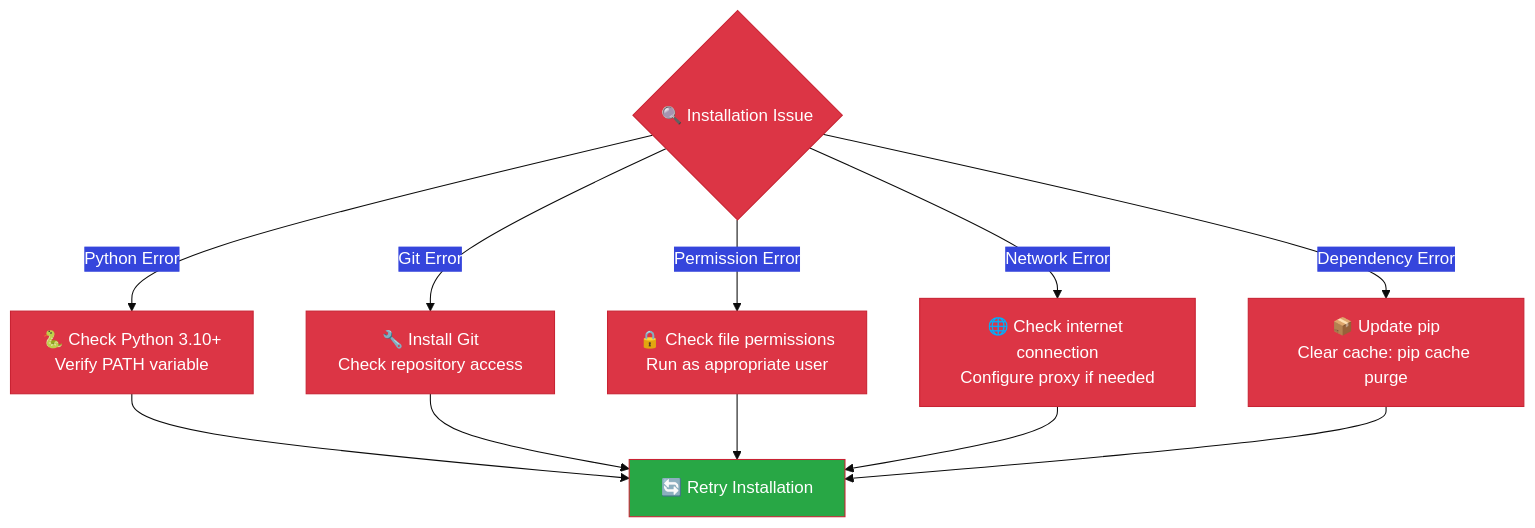
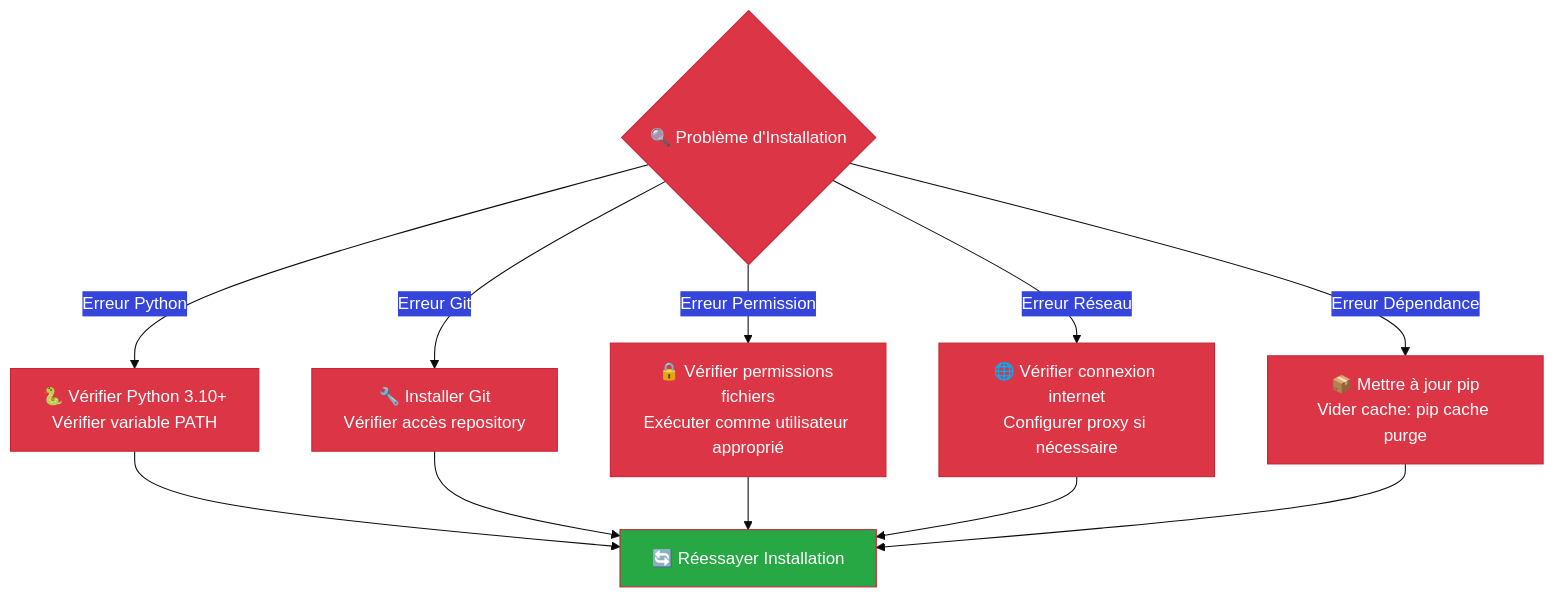
The ninth of 9 diagrams in docs/USER_GUIDES/INSTALLATION.md (arkalia-luna-system/ia-pipeline), drawn with Mermaid before and after one commit. The commit also changed other lines of this file and 8 other files, not shown here.

````diff
--- a/docs/USER_GUIDES/INSTALLATION.md
+++ b/docs/USER_GUIDES/INSTALLATION.md
@@ -509,20 +534,20 @@
 ```mermaid
 %%{init: {'theme':'base', 'themeVariables': { 'primaryColor': '#dc3545', 'primaryTextColor': '#fff', 'primaryBorderColor': '#c82333'}}}%%
 graph TD
-    ISSUE{🔍 Installation Issue}
+    ISSUE{🔍 Problème d'Installation}
     
-    ISSUE -->|Python Error| PY_FIX[🐍 Check Python 3.10+<br/>Verify PATH variable]
-    ISSUE -->|Git Error| GIT_FIX[🔧 Install Git<br/>Check repository access]
-    ISSUE -->|Permission Error| PERM_FIX[🔒 Check file permissions<br/>Run as appropriate user]
-    ISSUE -->|Network Error| NET_FIX[🌐 Check internet connection<br/>Configure proxy if needed]
-    ISSUE -->|Dependency Error| DEP_FIX[📦 Update pip<br/>Clear cache: pip cache purge]
+    ISSUE -->|Erreur Python| PY_FIX[🐍 Vérifier Python 3.10+<br/>Vérifier variable PATH]
+    ISSUE -->|Erreur Git| GIT_FIX[🔧 Installer Git<br/>Vérifier accès repository]
+    ISSUE -->|Erreur Permission| PERM_FIX[🔒 Vérifier permissions fichiers<br/>Exécuter comme utilisateur approprié]
+    ISSUE -->|Erreur Réseau| NET_FIX[🌐 Vérifier connexion internet<br/>Configurer proxy si nécessaire]
+    ISSUE -->|Erreur Dépendance| DEP_FIX[📦 Mettre à jour pip<br/>Vider cache: pip cache purge]
     
-    PY_FIX --> RETRY[🔄 Retry Installation]
+    PY_FIX --> RETRY[🔄 Réessayer Installation]
     GIT_FIX --> RETRY
     PERM_FIX --> RETRY
     NET_FIX --> RETRY
     DEP_FIX --> RETRY
     
     style ISSUE fill:#dc3545
     style RETRY fill:#28a745
 ```
````
